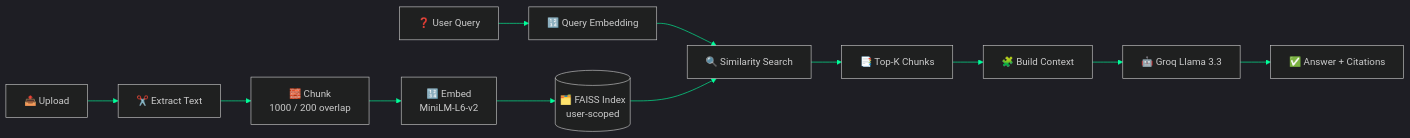
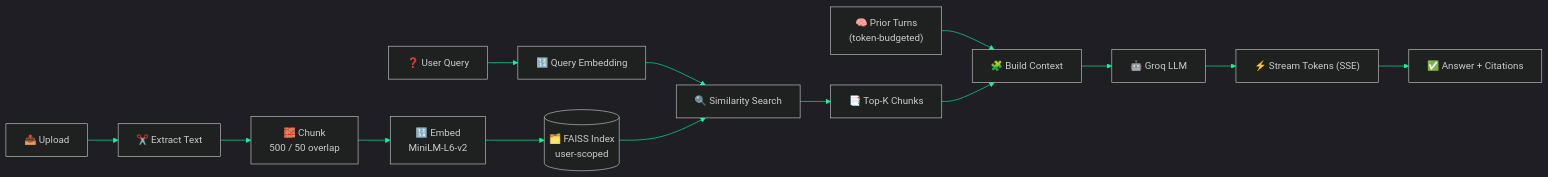
Before and after one commit to fasih245/Vision-Fleet-AI: the second of 4 diagrams in README.md, drawn with Mermaid. The commit also changed other lines of this file and 9 other files, not shown here.

````diff
--- a/README.md
+++ b/README.md
@@ -173,15 +193,17 @@
 ```mermaid
 %%{init: {'theme':'dark','themeVariables':{'primaryColor':'#0D1117','primaryTextColor':'#00FF9C','primaryBorderColor':'#00FF9C','lineColor':'#00FF9C','fontFamily':'JetBrains Mono, monospace'}}}%%
 graph LR
     A["📤 Upload"] --> B["✂️ Extract Text"]
-    B --> C["🧱 Chunk<br/>1000 / 200 overlap"]
+    B --> C["🧱 Chunk<br/>500 / 50 overlap"]
     C --> D["🔢 Embed<br/>MiniLM-L6-v2"]
     D --> E[("🗂️ FAISS Index<br/>user-scoped")]
     Q["❓ User Query"] --> QE["🔢 Query Embedding"]
     QE --> SS["🔍 Similarity Search"]
     E --> SS
     SS --> TK["📑 Top-K Chunks"]
+    H["🧠 Prior Turns<br/>(token-budgeted)"] --> CX
     TK --> CX["🧩 Build Context"]
-    CX --> LLM["🤖 Groq Llama 3.3"]
-    LLM --> OUT["✅ Answer + Citations"]
+    CX --> LLM["🤖 Groq LLM"]
+    LLM --> STR["⚡ Stream Tokens (SSE)"]
+    STR --> OUT["✅ Answer + Citations"]
 ```
````
